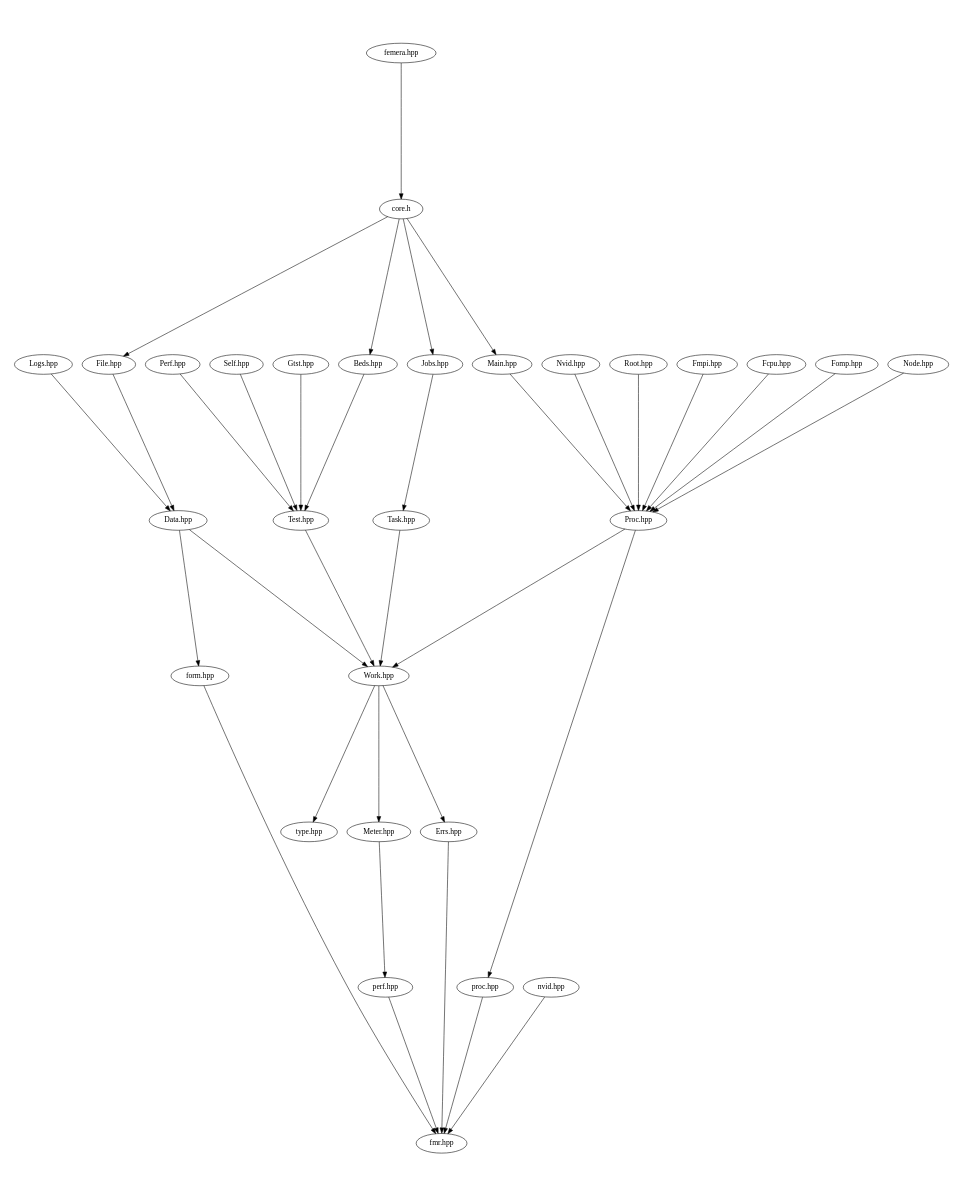
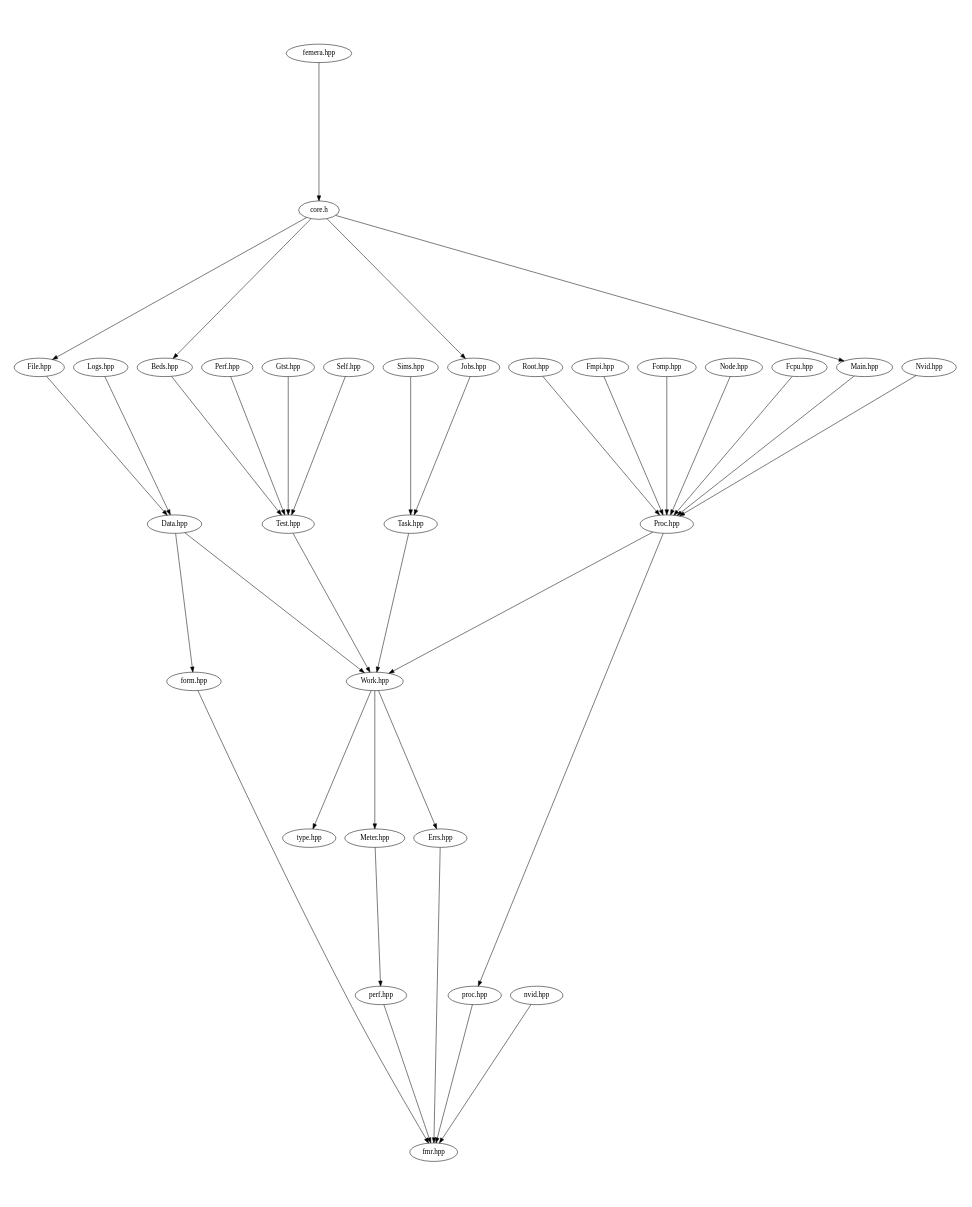
Before and after one commit to waggyz/femera-mini-app: the diagram in src/docs/src-headers.dot, drawn with Graphviz. The commit also changed 14 other files, not shown here.

Commit message:
added Task<sims::Sims>...

```diff
--- a/src/docs/src-headers.dot
+++ b/src/docs/src-headers.dot
@@ -1,42 +1,43 @@
 digraph "source tree" {
     overlap=scale;
     size="8,10";
     ratio="fill";
     fontsize="16";
     fontname="Helvetica";
 	clusterrank="local";
 	"Meter.hpp" -> "perf.hpp"
 	"Work.hpp" -> "Errs.hpp"
 	"Proc.hpp" -> "proc.hpp"
-	"proc.hpp" -> "fmr.hpp"
 	"Nvid.hpp" -> "Proc.hpp"
 	"Root.hpp" -> "Proc.hpp"
 	"Perf.hpp" -> "Test.hpp"
 	"core.h" -> "Main.hpp"
 	"nvid.hpp" -> "fmr.hpp"
 	"perf.hpp" -> "fmr.hpp"
 	"Fmpi.hpp" -> "Proc.hpp"
 	"Test.hpp" -> "Work.hpp"
-	"Work.hpp" -> "type.hpp"
-	"Fcpu.hpp" -> "Proc.hpp"
 	"Fomp.hpp" -> "Proc.hpp"
-	"core.h" -> "File.hpp"
-	"Logs.hpp" -> "Data.hpp"
-	"Self.hpp" -> "Test.hpp"
 	"core.h" -> "Beds.hpp"
 	"Errs.hpp" -> "fmr.hpp"
-	"core.h" -> "Jobs.hpp"
 	"Task.hpp" -> "Work.hpp"
 	"Node.hpp" -> "Proc.hpp"
 	"Data.hpp" -> "form.hpp"
 	"File.hpp" -> "Data.hpp"
 	"Beds.hpp" -> "Test.hpp"
-	"Proc.hpp" -> "Work.hpp"
 	"form.hpp" -> "fmr.hpp"
 	"Gtst.hpp" -> "Test.hpp"
 	"Data.hpp" -> "Work.hpp"
+	"Work.hpp" -> "Meter.hpp"
+	"proc.hpp" -> "fmr.hpp"
+	"Work.hpp" -> "type.hpp"
+	"Fcpu.hpp" -> "Proc.hpp"
+	"core.h" -> "File.hpp"
+	"Logs.hpp" -> "Data.hpp"
+	"Self.hpp" -> "Test.hpp"
+	"core.h" -> "Jobs.hpp"
+	"Proc.hpp" -> "Work.hpp"
+	"Sims.hpp" -> "Task.hpp"
 	"femera.hpp" -> "core.h"
-	"Work.hpp" -> "Meter.hpp"
 	"Main.hpp" -> "Proc.hpp"
 	"Jobs.hpp" -> "Task.hpp"
 }
```
